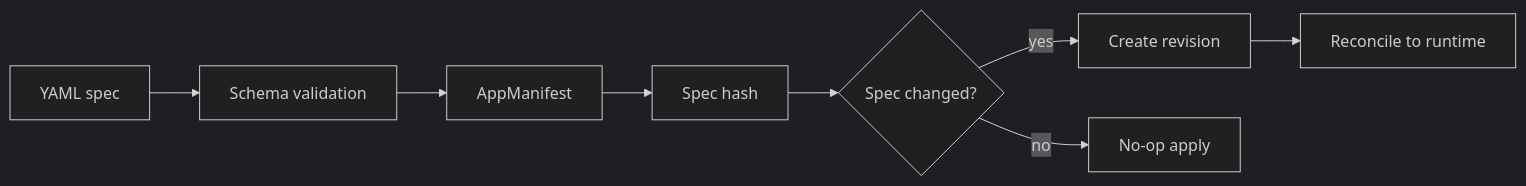
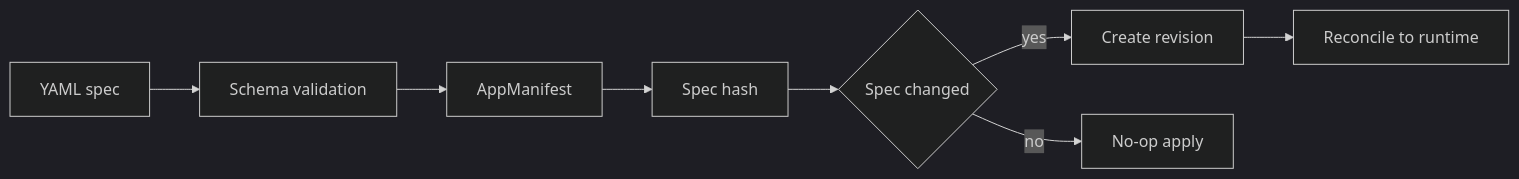
One commit to the-cm-collective/k1s changed the first of 4 diagrams in docs/concepts-in-practice/02-declarative-apply.md. Above: the diagram before and after it, drawn with Mermaid (dark theme). The commit also changed other lines of this file and 3 other files, not shown here.

````diff
--- a/docs/concepts-in-practice/02-declarative-apply.md
+++ b/docs/concepts-in-practice/02-declarative-apply.md
@@ -6,10 +6,10 @@
 ```mermaid
 flowchart LR
-  YAML[YAML spec] --> Validate[Schema validation]
-  Validate --> Manifest[AppManifest]
-  Manifest --> Hash[Spec hash]
-  Hash --> Changed{Spec changed?}
-  Changed -- yes --> Revision[Create revision]
-  Revision --> Reconcile[Reconcile to runtime]
-  Changed -- no --> Noop[No-op apply]
+  YAML["YAML spec"] --> Validate["Schema validation"]
+  Validate --> Manifest["AppManifest"]
+  Manifest --> Hash["Spec hash"]
+  Hash --> Changed{"Spec changed"}
+  Changed -- yes --> Revision["Create revision"]
+  Revision --> Reconcile["Reconcile to runtime"]
+  Changed -- no --> Noop["No-op apply"]
 ```
````
